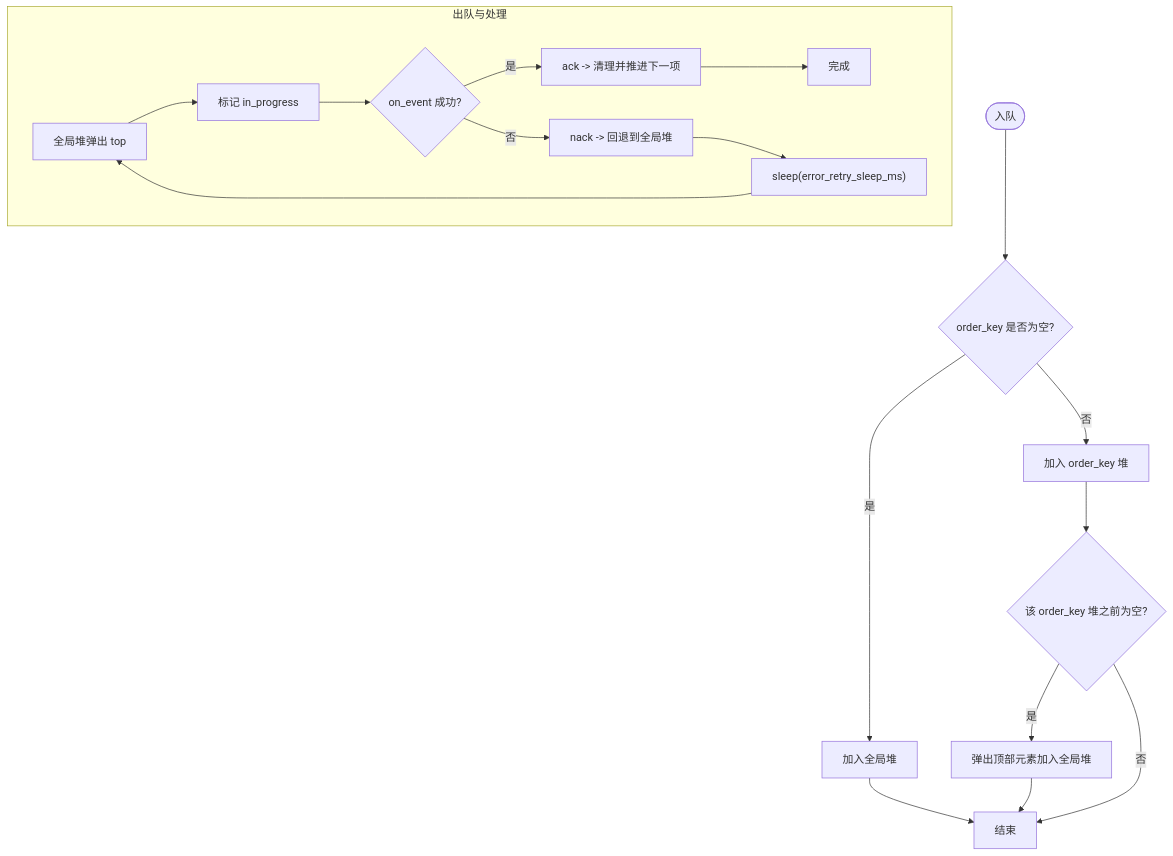
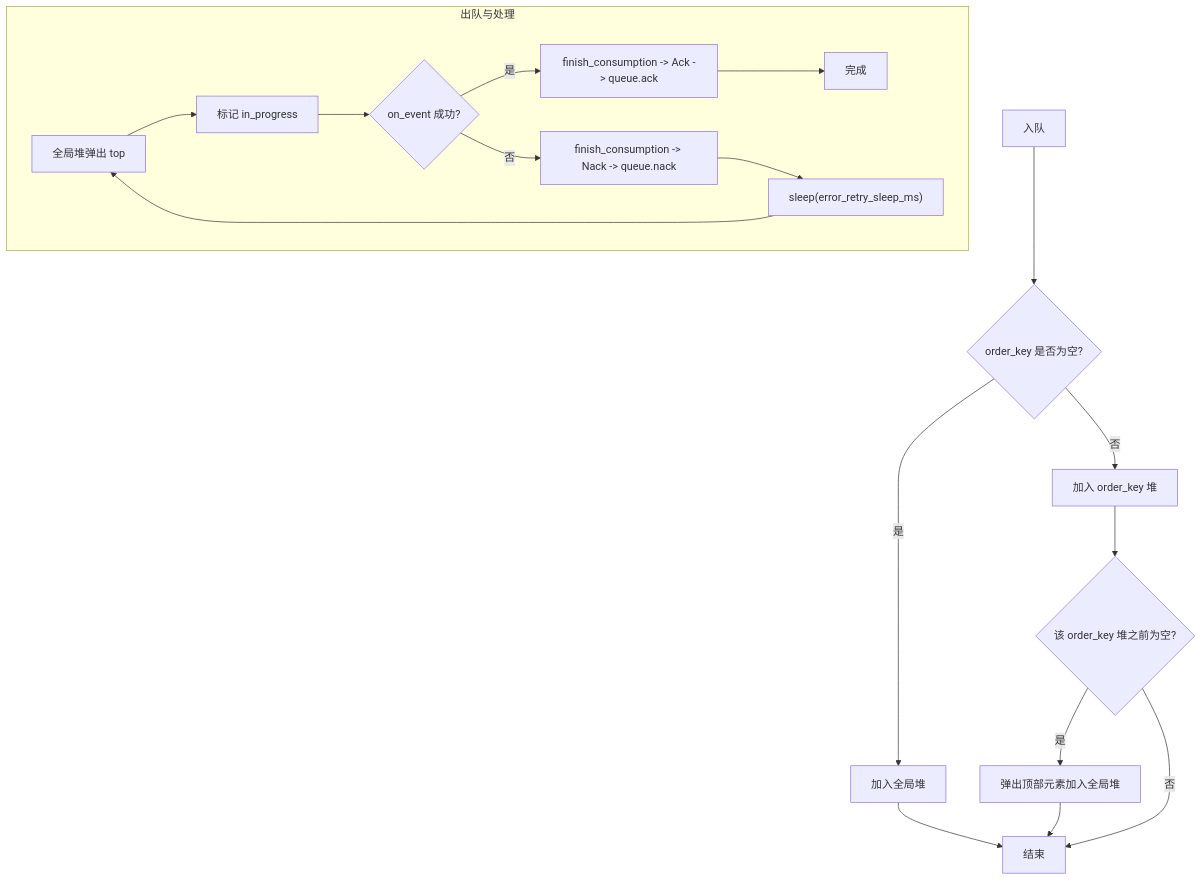
The fourth of 5 diagrams in docs/wiki/zh/content/基础设施/AOP 事件系统/AOP 核心架构/注册中心与调度器.md (runningcoders/ai_orz), drawn with Mermaid before and after one commit. The commit also changed other lines of this file and 37 other files, not shown here.

````diff
--- a/docs/wiki/zh/content/基础设施/AOP 事件系统/AOP 核心架构/注册中心与调度器.md
+++ b/docs/wiki/zh/content/基础设施/AOP 事件系统/AOP 核心架构/注册中心与调度器.md
@@ -245,20 +264,20 @@
 ```mermaid
-flowchart TD
-Start(["入队"]) --> CheckKey{"order_key 是否为空?"}
+graph TB
+Start["入队"] --> CheckKey{"order_key 是否为空?"}
 CheckKey -- 是 --> GlobalPush["加入全局堆"]
 CheckKey -- 否 --> KeyPush["加入 order_key 堆"]
 KeyPush --> WasEmpty{"该 order_key 堆之前为空?"}
 WasEmpty -- 是 --> PushTop["弹出顶部元素加入全局堆"]
 WasEmpty -- 否 --> End1["结束"]
 GlobalPush --> End1
 PushTop --> End1
 subgraph "出队与处理"
 Deq["全局堆弹出 top"] --> Mark["标记 in_progress"]
 Mark --> Handle{"on_event 成功?"}
-Handle -- 是 --> Ack["ack -> 清理并推进下一项"]
-Handle -- 否 --> Nack["nack -> 回退到全局堆"]
+Handle -- 是 --> Ack["finish_consumption -> Ack -> queue.ack"]
+Handle -- 否 --> Nack["finish_consumption -> Nack -> queue.nack"]
 Nack --> SleepErr["sleep(error_retry_sleep_ms)"]
 Ack --> Done["完成"]
 SleepErr --> Deq
 end
 ```
````
